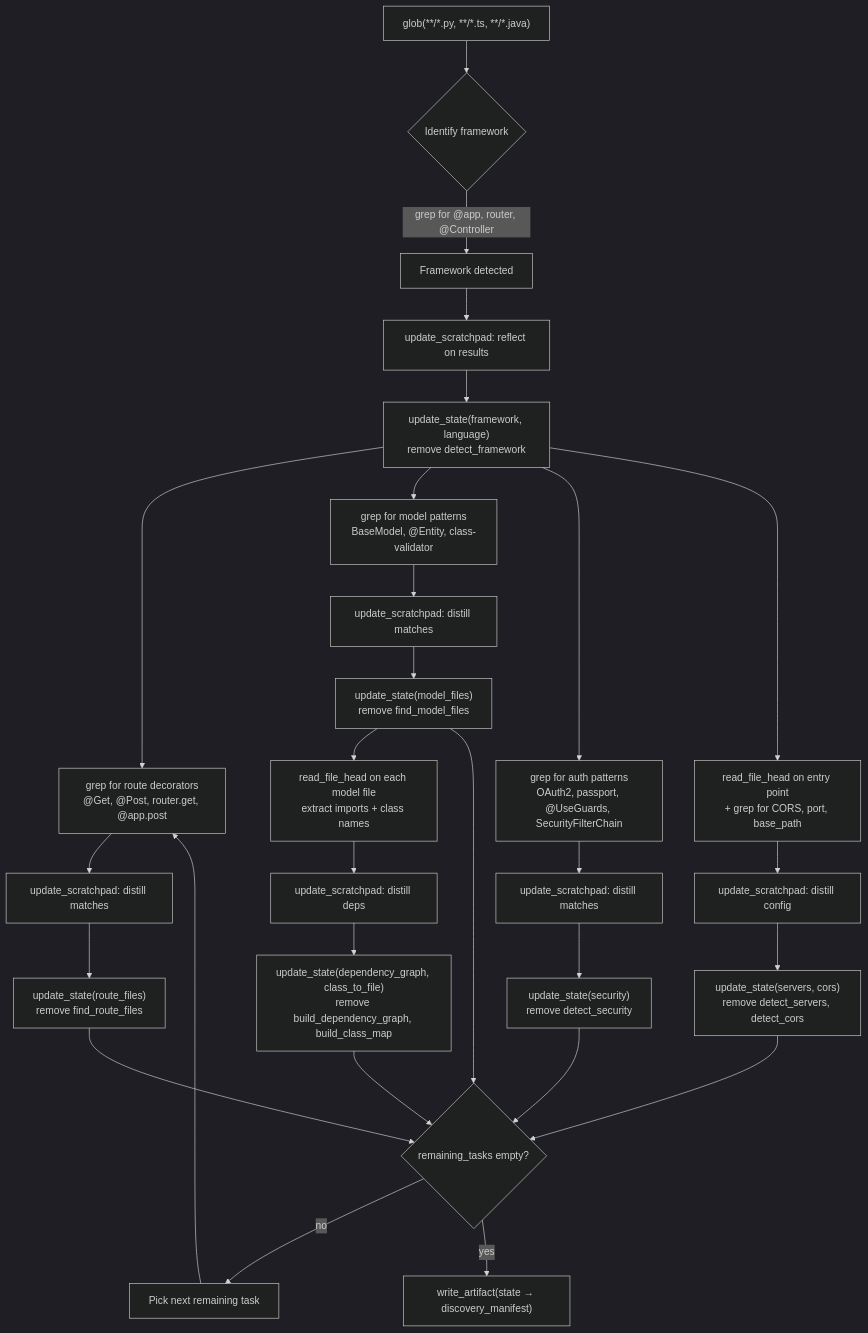
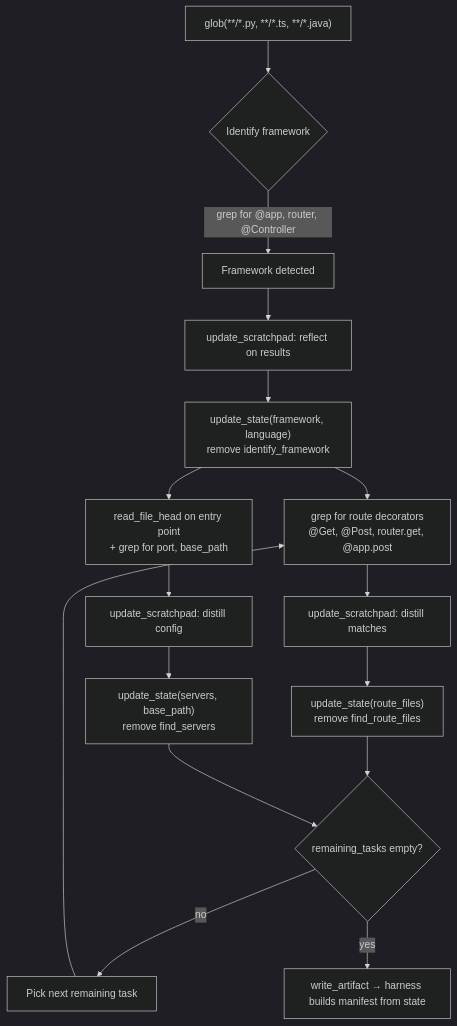
Before and after one commit to cheroto/swagger-agent: the sixth of 14 diagrams in agents.md, drawn with Mermaid (dark theme). The commit also changed other lines of this file and 6 other files, not shown here.

First line of the commit message:
Simplify Scout agent to 3 tasks: framework, routes, servers

````diff
--- a/agents.md
+++ b/agents.md
@@ -394,37 +326,22 @@
 ```mermaid
 flowchart TD
     A["glob(**/*.py, **/*.ts, **/*.java)"] --> B{Identify framework}
     B -->|"grep for @app, router, @Controller"| C[Framework detected]
     C --> SP1["update_scratchpad: reflect on results"]
-    SP1 --> US1["update_state(framework, language)<br/>remove detect_framework"]
+    SP1 --> US1["update_state(framework, language)<br/>remove identify_framework"]
 
     US1 --> D["grep for route decorators<br/>@Get, @Post, router.get, @app.post"]
     D --> SP2["update_scratchpad: distill matches"]
     SP2 --> US2["update_state(route_files)<br/>remove find_route_files"]
 
-    US1 --> F["grep for model patterns<br/>BaseModel, @Entity, class-validator"]
-    F --> SP3["update_scratchpad: distill matches"]
-    SP3 --> US3["update_state(model_files)<br/>remove find_model_files"]
-
-    US1 --> H["grep for auth patterns<br/>OAuth2, passport, @UseGuards, SecurityFilterChain"]
-    H --> SP4["update_scratchpad: distill matches"]
-    SP4 --> US4["update_state(security)<br/>remove detect_security"]
-
-    US1 --> J["read_file_head on entry point<br/>+ grep for CORS, port, base_path"]
-    J --> SP5["update_scratchpad: distill config"]
-    SP5 --> US5["update_state(servers, cors)<br/>remove detect_servers, detect_cors"]
-
-    US3 --> L["read_file_head on each model file<br/>extract imports + class names"]
-    L --> SP6["update_scratchpad: distill deps"]
-    SP6 --> US6["update_state(dependency_graph, class_to_file)<br/>remove build_dependency_graph, build_class_map"]
+    US1 --> J["read_file_head on entry point<br/>+ grep for port, base_path"]
+    J --> SP3["update_scratchpad: distill config"]
+    SP3 --> US3["update_state(servers, base_path)<br/>remove find_servers"]
 
     US2 --> CHECK{remaining_tasks empty?}
     US3 --> CHECK
-    US4 --> CHECK
-    US5 --> CHECK
-    US6 --> CHECK
 
     CHECK -->|no| NEXT[Pick next remaining task]
     NEXT --> D
-    CHECK -->|yes| N["write_artifact(state → discovery_manifest)"]
+    CHECK -->|yes| N["write_artifact → harness builds manifest from state"]
 ```
````
